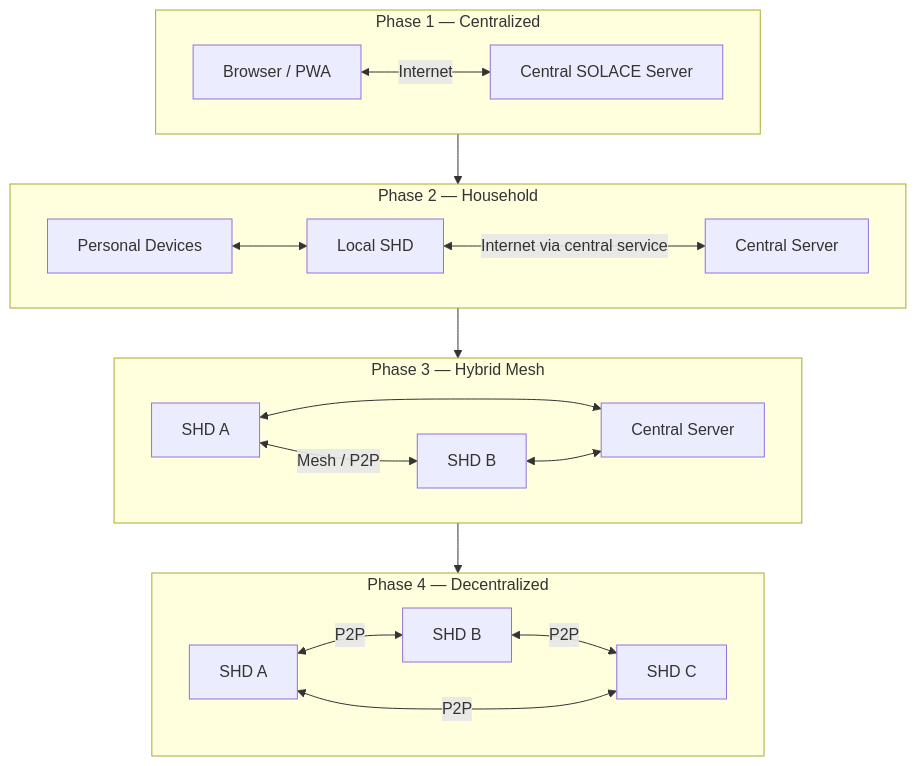
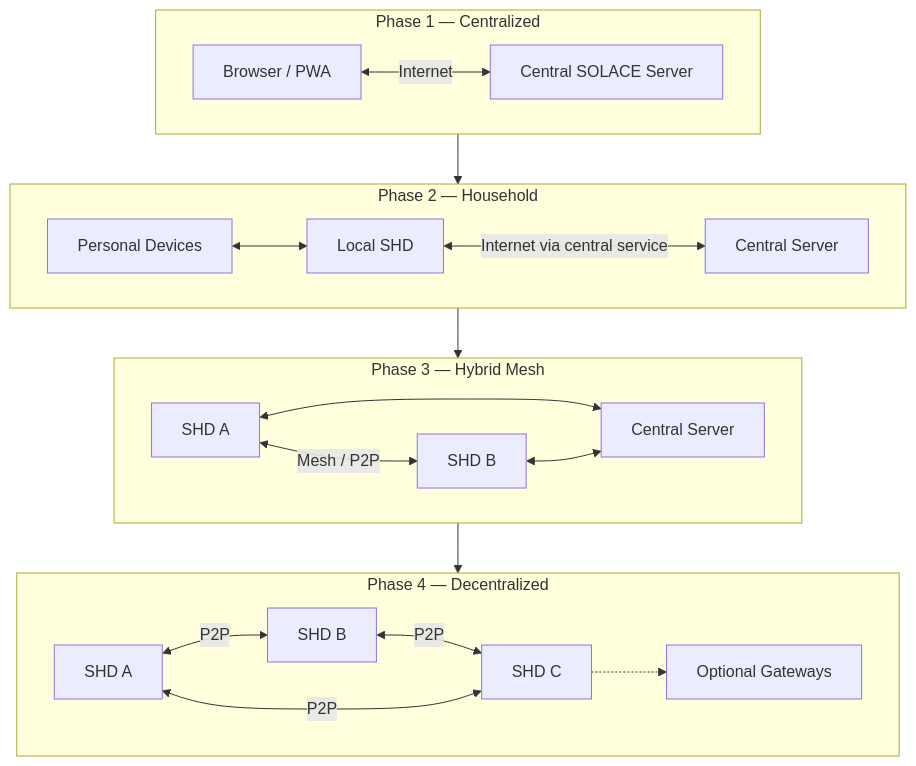
Before and after one commit to solacenetwork/.github: the diagram in docs/NETWORK_OVERVIEW.md, drawn with Mermaid. The commit also changed other lines of this file, not shown here.

````diff
--- a/docs/NETWORK_OVERVIEW.md
+++ b/docs/NETWORK_OVERVIEW.md
@@ -29,29 +280,30 @@
 ```mermaid
 flowchart TB
     subgraph P1["Phase 1 — Centralized"]
         direction LR
         A1["Browser / PWA"] <-->|Internet| S1["Central SOLACE Server"]
     end
 
     subgraph P2["Phase 2 — Household"]
         direction LR
         D2["Personal Devices"] <--> H2["Local SHD"]
         H2 <-->|Internet via central service| S2["Central Server"]
     end
 
     subgraph P3["Phase 3 — Hybrid Mesh"]
         direction LR
         H3A["SHD A"] <-->|Mesh / P2P| H3B["SHD B"]
         H3A <--> S3["Central Server"]
         H3B <--> S3
     end
 
     subgraph P4["Phase 4 — Decentralized"]
         direction LR
         H4A["SHD A"] <-->|P2P| H4B["SHD B"]
         H4B <-->|P2P| H4C["SHD C"]
         H4C <-->|P2P| H4A
+        H4C -.-> G4["Optional Gateways"]
     end
 
     P1 --> P2 --> P3 --> P4
 ```
````
